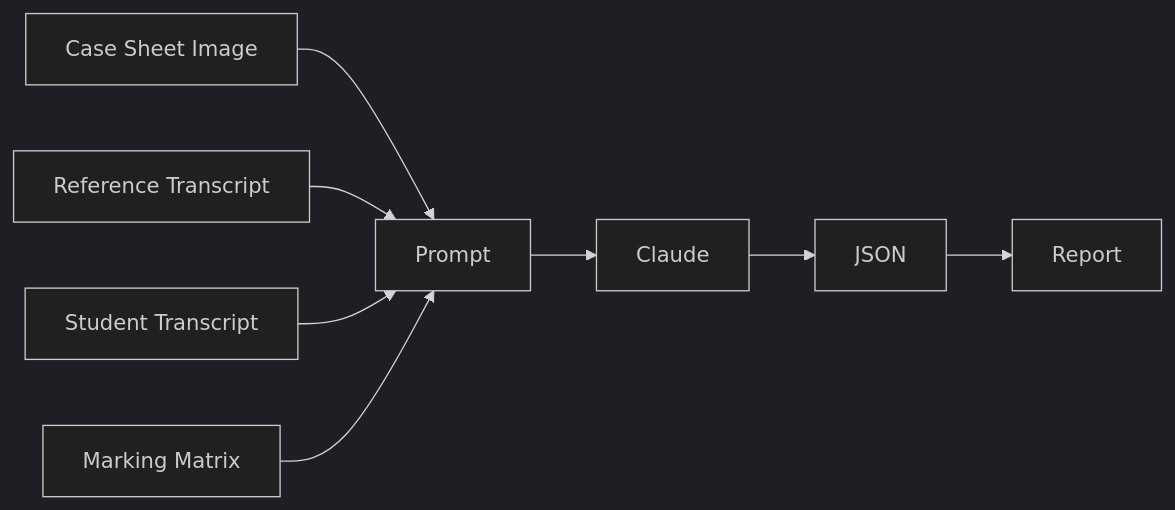
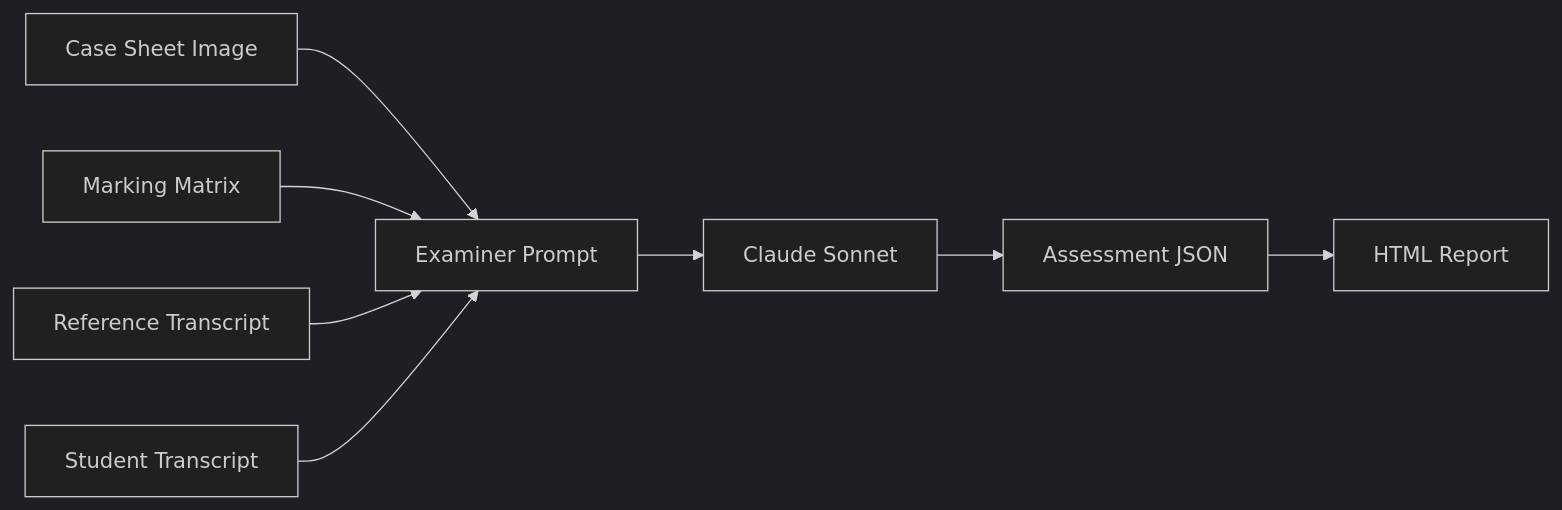
Before and after one commit to pratap-rajan/dental-ai-tutor: the third of 4 diagrams in README.md, drawn with Mermaid (dark theme). The commit also changed other lines of this file, not shown here.

````diff
--- a/README.md
+++ b/README.md
@@ -91,19 +168,30 @@
 ```mermaid
 flowchart LR
 
-A[Case Sheet Image]
-B[Reference Transcript]
-C[Student Transcript]
-D[Marking Matrix]
+CaseSheet[Case Sheet Image]
 
-A --> Prompt
-B --> Prompt
-C --> Prompt
-D --> Prompt
+Rubric[Marking Matrix]
+
+Reference[Reference Transcript]
+
+StudentTranscript[Student Transcript]
+
+Prompt[Examiner Prompt]
+
+Claude[Claude Sonnet]
+
+Assessment[Assessment JSON]
+
+HTML[HTML Report]
+
+CaseSheet --> Prompt
+Rubric --> Prompt
+Reference --> Prompt
+StudentTranscript --> Prompt
 
 Prompt --> Claude
 
-Claude --> JSON
+Claude --> Assessment
 
-JSON --> Report
+Assessment --> HTML
 ```
````
